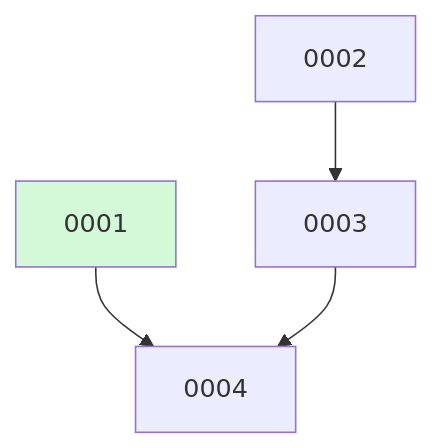
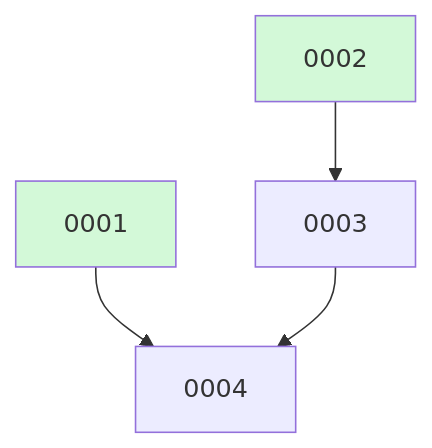
One commit to ethanhinson/codeindex changed the diagram in docs/changes/BOARD.md. Above: the diagram before and after it, drawn with Mermaid. The commit also changed other lines of this file, not shown here.

````diff
--- a/docs/changes/BOARD.md
+++ b/docs/changes/BOARD.md
@@ -18,9 +12,9 @@
 ```mermaid
 graph TD
-  0002
   0002 --> 0003
   0001 --> 0004
   0003 --> 0004
   0001:::done
+  0002:::done
   classDef done fill:#d3f9d8;
 ```
````
